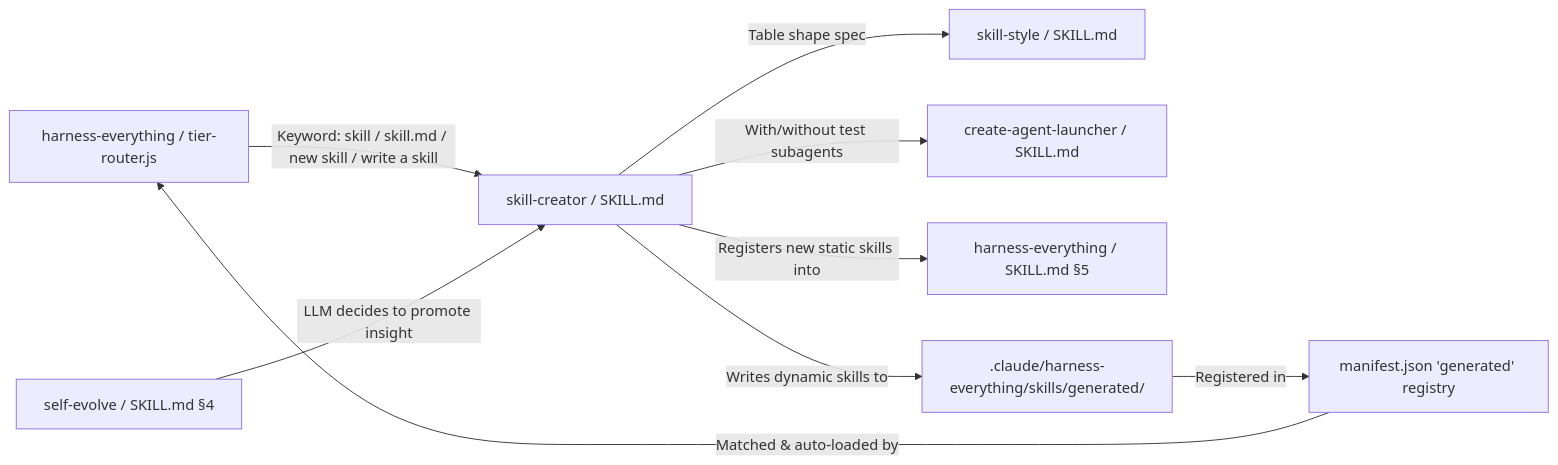
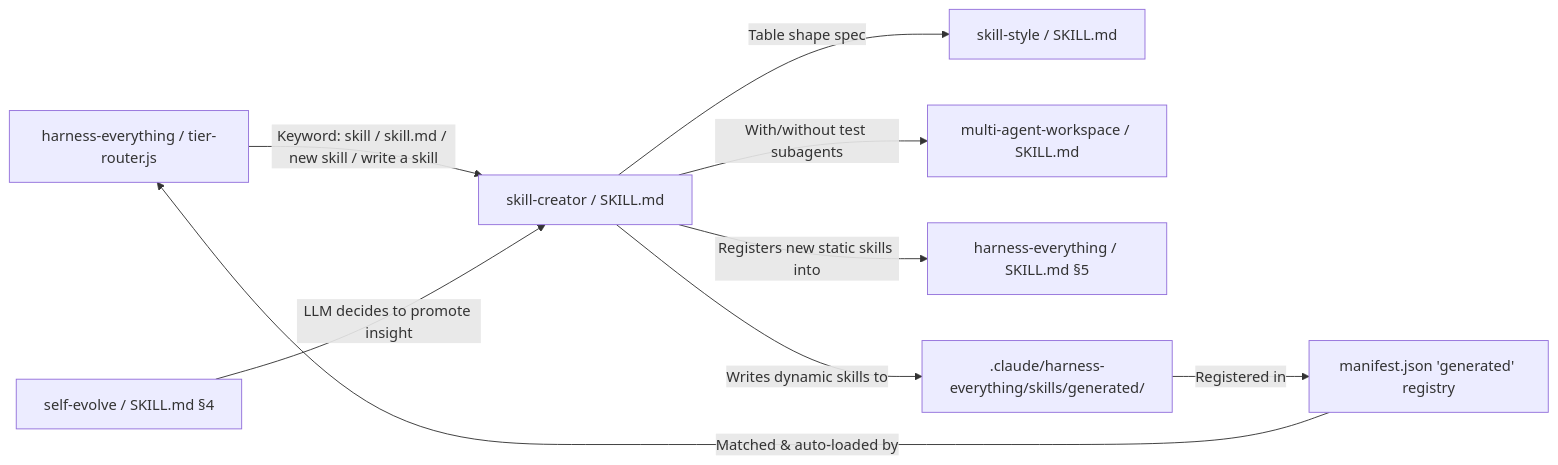
One commit to dyphn1/Harness-everything changed the second of 3 diagrams in docs/workflows/skill-creator.md. Above: the diagram before and after it, drawn with Mermaid. The commit also changed other lines of this file and 77 other files, not shown here.

Commit message:
feat(multi-agent): Unify workspace and specialist launcher

````diff
--- a/docs/workflows/skill-creator.md
+++ b/docs/workflows/skill-creator.md
@@ -32,11 +32,11 @@
 ```mermaid
 graph LR
   Router["harness-everything / tier-router.js"] -->|Keyword: skill / skill.md / new skill / write a skill| Creator["skill-creator / SKILL.md"]
   Creator -->|Table shape spec| SkillStyle["skill-style / SKILL.md"]
-  Creator -->|With/without test subagents| Launcher["create-agent-launcher / SKILL.md"]
+  Creator -->|With/without test subagents| Launcher["multi-agent-workspace / SKILL.md"]
   Creator -->|Registers new static skills into| Registry["harness-everything / SKILL.md §5"]
   Evolve["self-evolve / SKILL.md §4"] -->|LLM decides to promote insight| Creator
   Creator -->|Writes dynamic skills to| Generated[".claude/harness-everything/skills/generated/"]
   Generated -->|Registered in| Manifest["manifest.json 'generated' registry"]
   Manifest -->|Matched & auto-loaded by| Router
 ```
````
